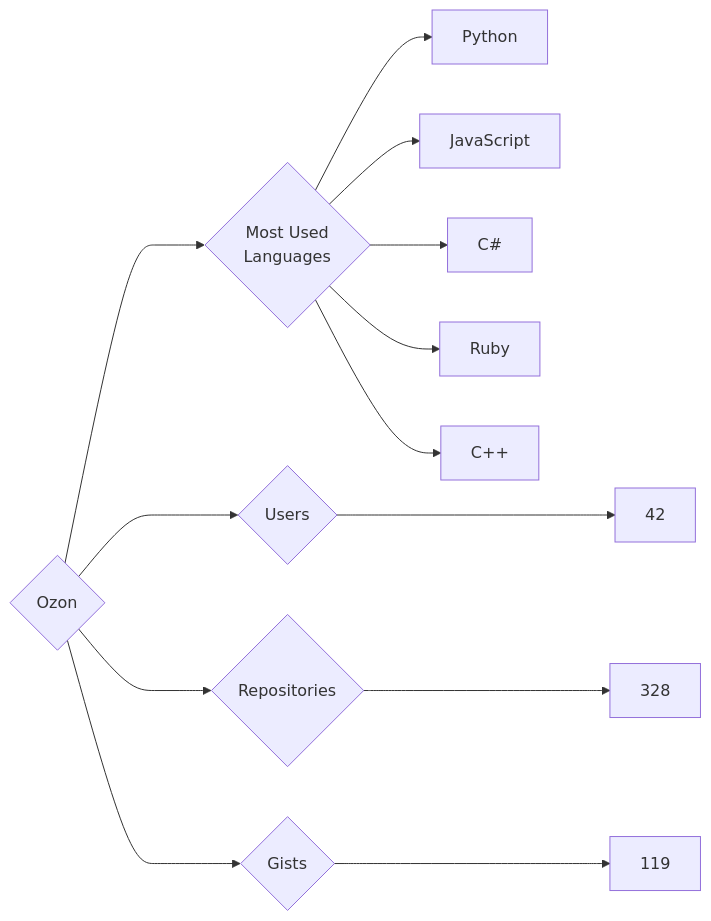
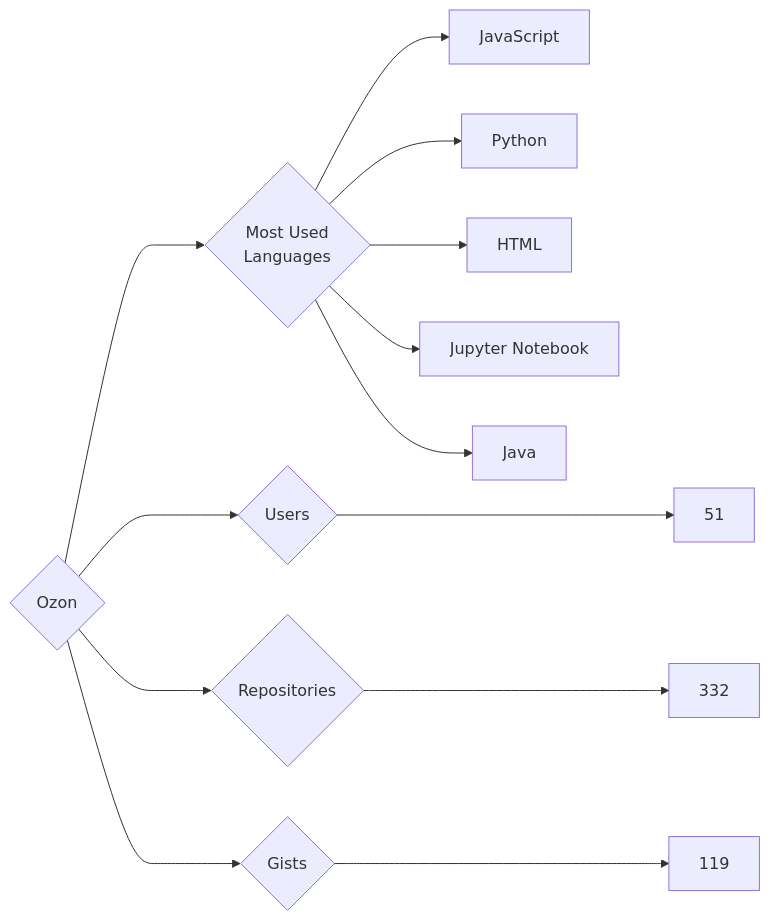
One commit to trickest/insiders changed the diagram in targets/Ozon/README.md. Above: the diagram before and after it, drawn with Mermaid. The commit also changed 895 other files, not shown here.

````diff
--- a/targets/Ozon/README.md
+++ b/targets/Ozon/README.md
@@ -3,13 +3,13 @@
 ```mermaid
 graph LR
 COMPANY_NAME{Ozon}
-COMPANY_NAME ---> U{Users} ---> UN[42]
-COMPANY_NAME ---> R{Repositories} ---> RN[328]
+COMPANY_NAME ---> U{Users} ---> UN[51]
+COMPANY_NAME ---> R{Repositories} ---> RN[332]
 COMPANY_NAME ---> G{Gists} ---> GN[119]
 COMPANY_NAME ---> ML{Most Used<br>Languages}
+ML --> JavaScript[JavaScript]
 ML --> Python[Python]
-ML --> JavaScript[JavaScript]
-ML --> C#[C#]
-ML --> Ruby[Ruby]
-ML --> C++[C++]
+ML --> HTML[HTML]
+ML --> Jupyter_Notebook[Jupyter Notebook]
+ML --> Java[Java]
 ```
````
